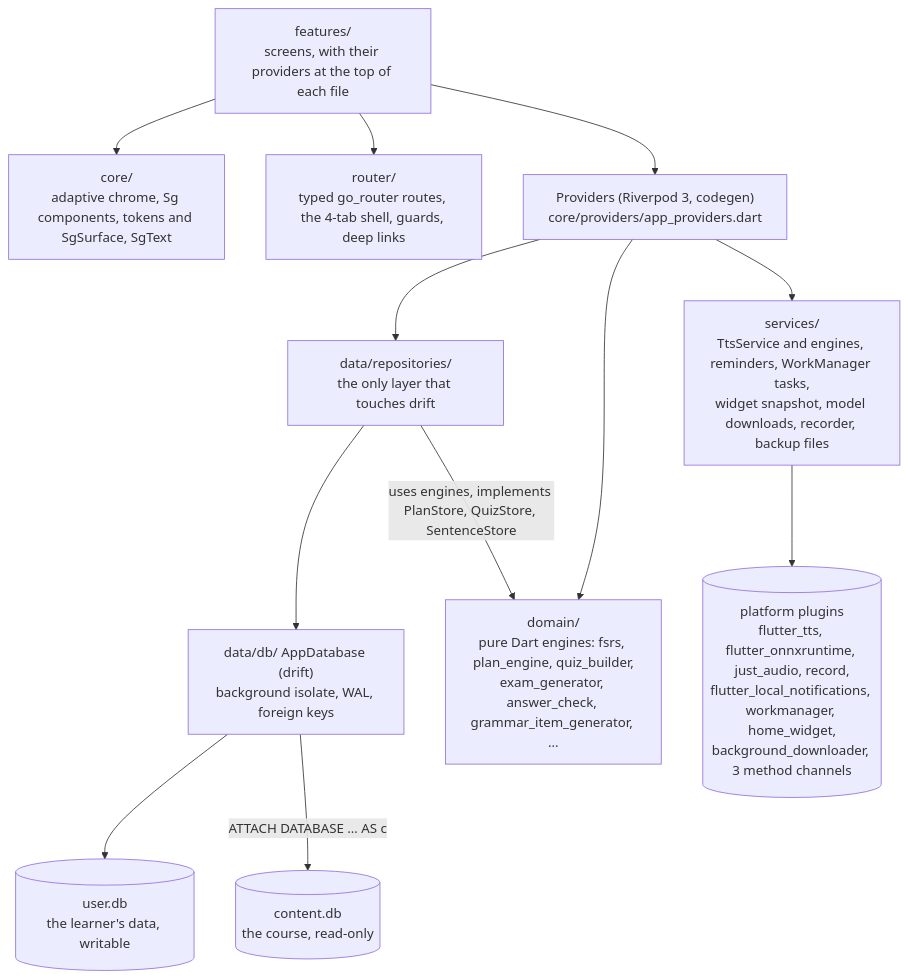
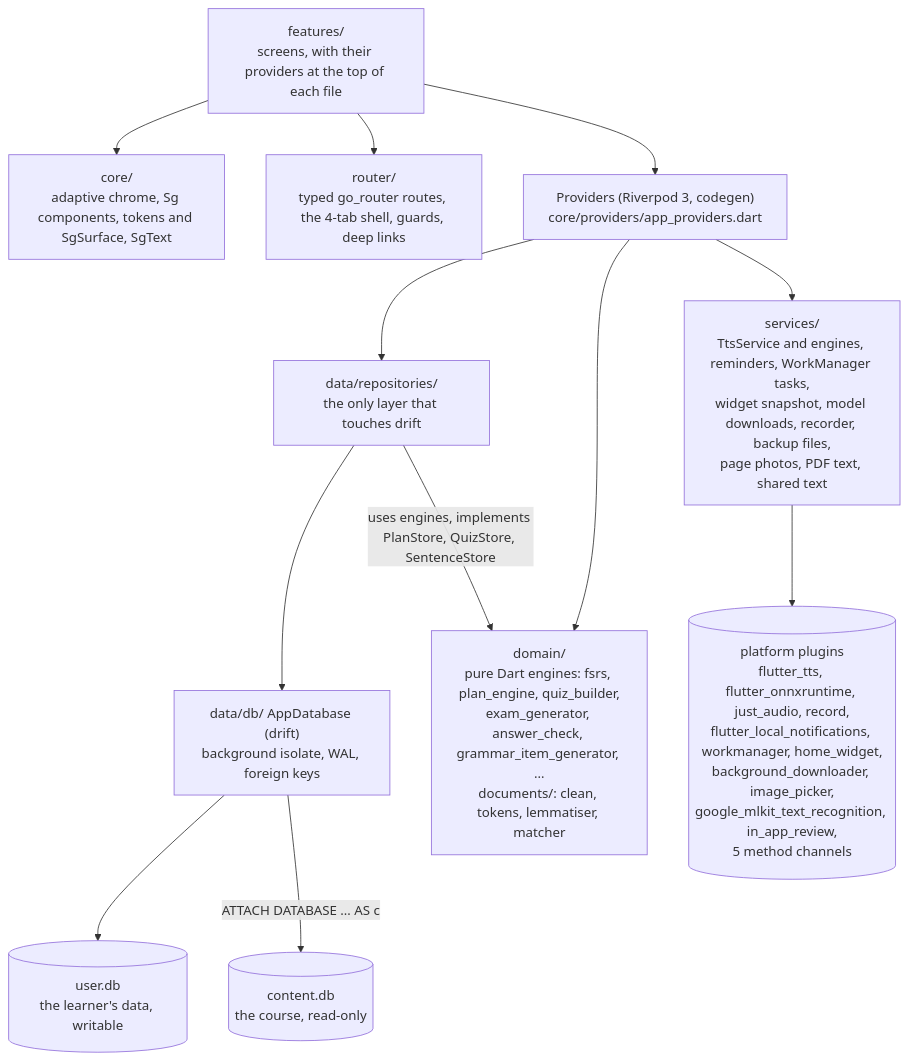
Before and after one commit to MdRahmatUllah/DeutschPlan: the first of 4 diagrams in docs/handbook/04-architecture.md, drawn with Mermaid. The commit also changed other lines of this file and 8 other files, not shown here.

````diff
--- a/docs/handbook/04-architecture.md
+++ b/docs/handbook/04-architecture.md
@@ -23,26 +24,26 @@
 ```mermaid
 flowchart TD
   F["features/<br/>screens, with their providers at the top of each file"]
   K["core/<br/>adaptive chrome, Sg components, tokens and SgSurface, SgText"]
   RT["router/<br/>typed go_router routes, the 4-tab shell, guards, deep links"]
   P["Providers (Riverpod 3, codegen)<br/>core/providers/app_providers.dart"]
   R["data/repositories/<br/>the only layer that touches drift"]
   DB["data/db/ AppDatabase (drift)<br/>background isolate, WAL, foreign keys"]
   U[("user.db<br/>the learner's data, writable")]
   C[("content.db<br/>the course, read-only")]
-  E["domain/<br/>pure Dart engines: fsrs, plan_engine, quiz_builder,<br/>exam_generator, answer_check, grammar_item_generator, …"]
-  S["services/<br/>TtsService and engines, reminders, WorkManager tasks,<br/>widget snapshot, model downloads, recorder, backup files"]
-  PL[("platform plugins<br/>flutter_tts, flutter_onnxruntime, just_audio, record,<br/>flutter_local_notifications, workmanager, home_widget,<br/>background_downloader, 3 method channels")]
+  E["domain/<br/>pure Dart engines: fsrs, plan_engine, quiz_builder,<br/>exam_generator, answer_check, grammar_item_generator, …<br/>documents/: clean, tokens, lemmatiser, matcher"]
+  S["services/<br/>TtsService and engines, reminders, WorkManager tasks,<br/>widget snapshot, model downloads, recorder, backup files,<br/>page photos, PDF text, shared text"]
+  PL[("platform plugins<br/>flutter_tts, flutter_onnxruntime, just_audio, record,<br/>flutter_local_notifications, workmanager, home_widget,<br/>background_downloader, image_picker,<br/>google_mlkit_text_recognition, in_app_review,<br/>5 method channels")]
 
   F --> K
   F --> RT
   F --> P
   P --> R
   P --> S
   P --> E
   R -- "uses engines, implements PlanStore, QuizStore, SentenceStore" --> E
   R --> DB
   DB --> U
   DB -- "ATTACH DATABASE … AS c" --> C
   S --> PL
 ```
````
